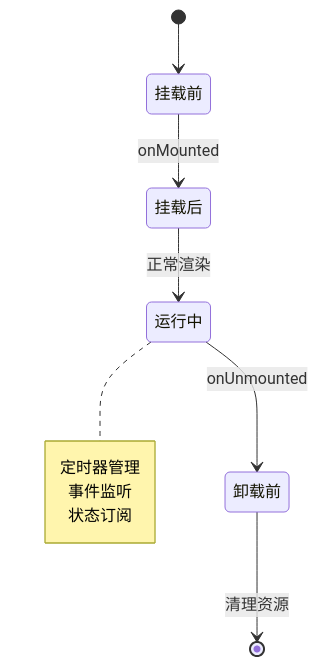
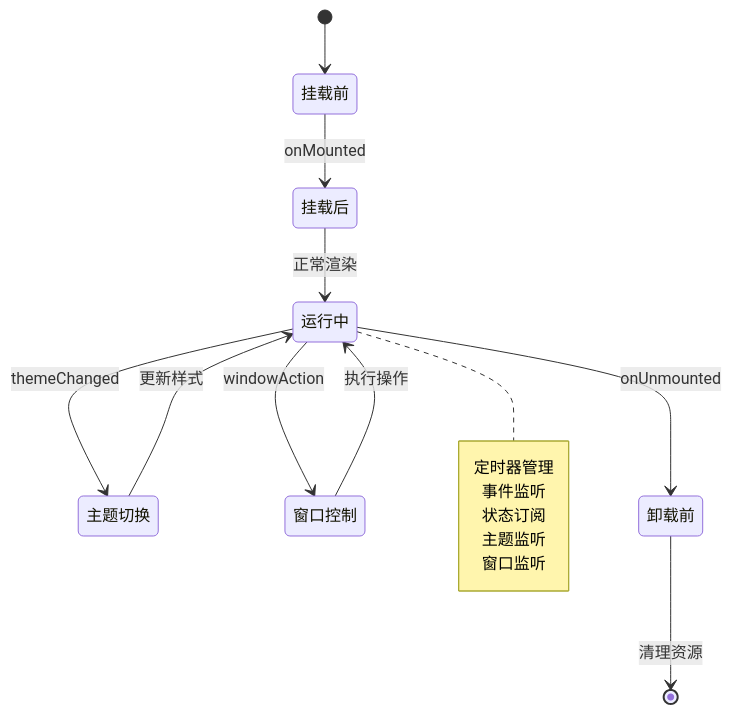
Before and after one commit to itsharex/NexTunnel: diagram 11 of 24 in .qoder/repowiki/zh/content/架构设计/桌面端架构设计/前端架构设计/Vue组件系统架构.md, drawn with Mermaid. The commit also changed other lines of this file and 41 other files, not shown here.

````diff
--- a/.qoder/repowiki/zh/content/架构设计/桌面端架构设计/前端架构设计/Vue组件系统架构.md
+++ b/.qoder/repowiki/zh/content/架构设计/桌面端架构设计/前端架构设计/Vue组件系统架构.md
@@ -281,13 +329,19 @@
 ```mermaid
 stateDiagram-v2
 [*] --> 挂载前
 挂载前 --> 挂载后 : onMounted
 挂载后 --> 运行中 : 正常渲染
+运行中 --> 主题切换 : themeChanged
+主题切换 --> 运行中 : 更新样式
+运行中 --> 窗口控制 : windowAction
+窗口控制 --> 运行中 : 执行操作
 运行中 --> 卸载前 : onUnmounted
 卸载前 --> [*] : 清理资源
 note right of 运行中
 定时器管理
 事件监听
 状态订阅
+主题监听
+窗口监听
 end note
 ```
````
